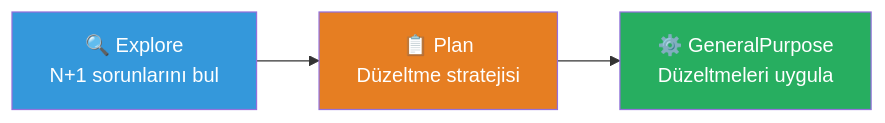
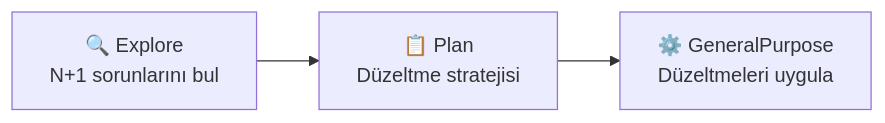
The seventh of 7 diagrams in 13-subagentlar-ve-agent-takimlari/02-dahili-subagentlar.md (IzzetYasinAtes/ClaudeCodeHandbook), drawn with Mermaid before and after one commit. The commit also changed other lines of this file and 97 other files, not shown here.

Commit message:
Remove all custom Mermaid style/fill colors from 98 markdown files for consistent dark theme rendering

````diff
--- a/13-subagentlar-ve-agent-takimlari/02-dahili-subagentlar.md
+++ b/13-subagentlar-ve-agent-takimlari/02-dahili-subagentlar.md
@@ -312,9 +303,6 @@
 ```mermaid
 flowchart LR
     E["🔍 Explore<br/>N+1 sorunlarını bul"] --> P["📋 Plan<br/>Düzeltme stratejisi"]
     P --> G["⚙️ GeneralPurpose<br/>Düzeltmeleri uygula"]
 
-    style E fill:#3498DB,color:#fff
-    style P fill:#E67E22,color:#fff
-    style G fill:#27AE60,color:#fff
 ```
````
